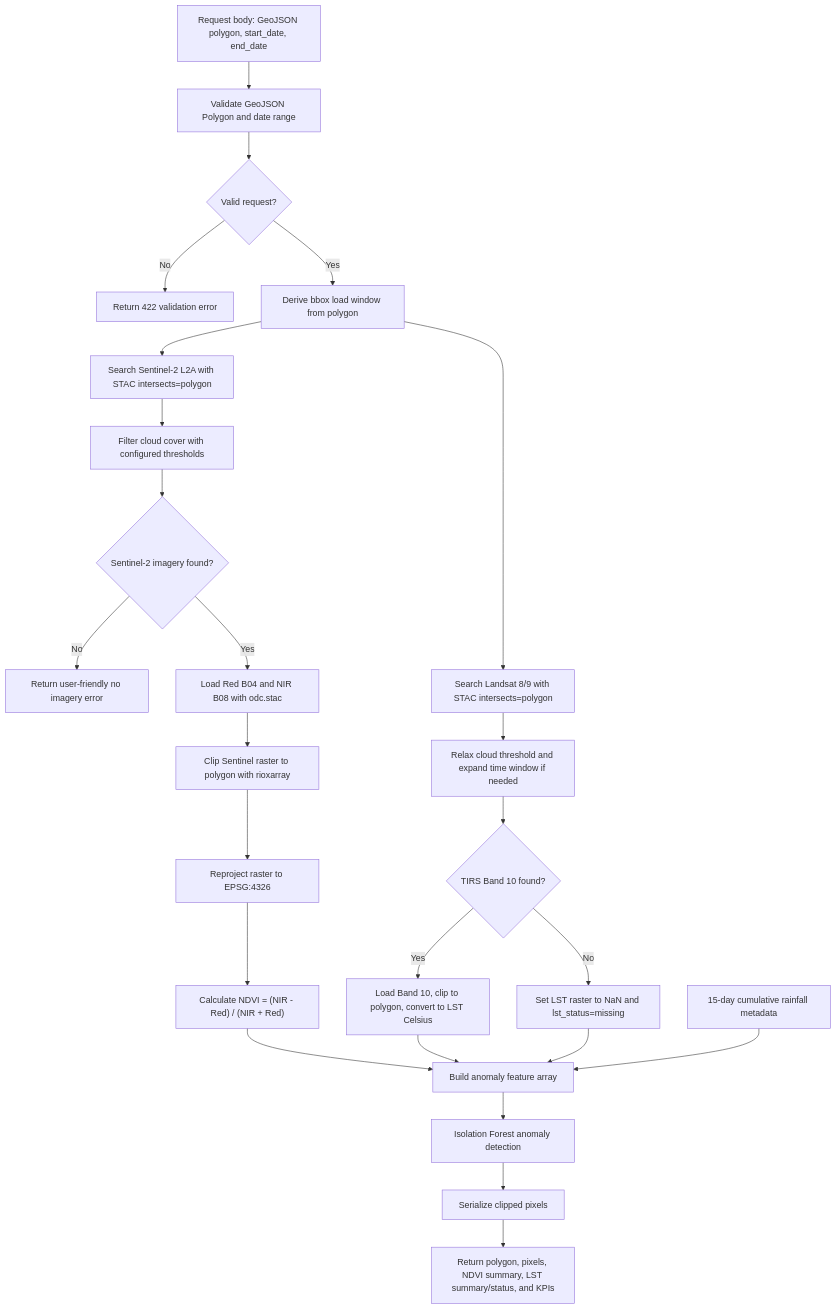
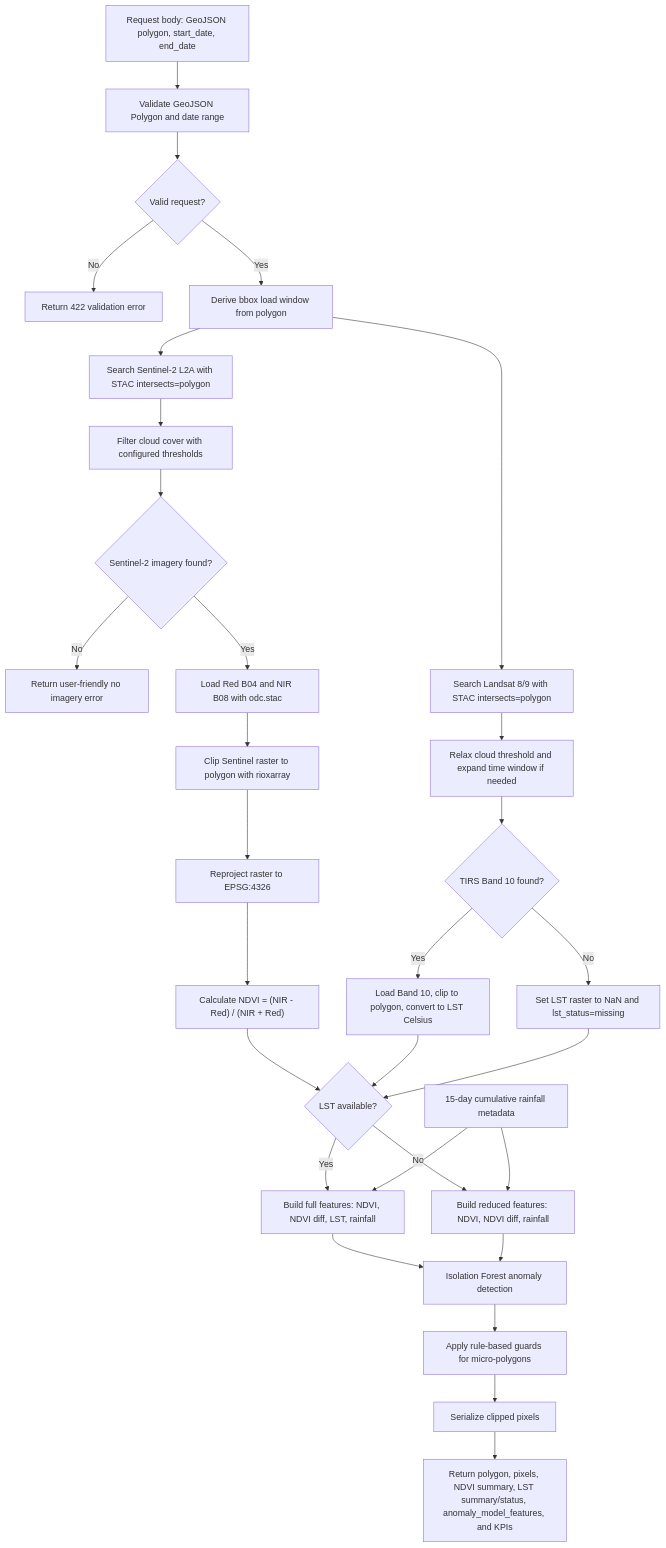
Before and after one commit to chinna5656/satellite-crop-planner: the second of 6 diagrams in docs/web-processing-flowchart.md, drawn with Mermaid. The commit also changed other lines of this file and 6 other files, not shown here.

Commit message:
LST Decoupling & Dynamic Model

````diff
--- a/docs/web-processing-flowchart.md
+++ b/docs/web-processing-flowchart.md
@@ -34,31 +34,36 @@
 ```mermaid
 flowchart TD
     A["Request body: GeoJSON polygon, start_date, end_date"] --> B["Validate GeoJSON Polygon and date range"]
     B --> C{"Valid request?"}
     C -->|"No"| D["Return 422 validation error"]
     C -->|"Yes"| E["Derive bbox load window from polygon"]
 
     E --> F["Search Sentinel-2 L2A with STAC intersects=polygon"]
     F --> G["Filter cloud cover with configured thresholds"]
     G --> H{"Sentinel-2 imagery found?"}
     H -->|"No"| I["Return user-friendly no imagery error"]
     H -->|"Yes"| J["Load Red B04 and NIR B08 with odc.stac"]
 
     J --> K["Clip Sentinel raster to polygon with rioxarray"]
     K --> L["Reproject raster to EPSG:4326"]
     L --> M["Calculate NDVI = (NIR - Red) / (NIR + Red)"]
 
     E --> N["Search Landsat 8/9 with STAC intersects=polygon"]
     N --> O["Relax cloud threshold and expand time window if needed"]
     O --> P{"TIRS Band 10 found?"}
     P -->|"Yes"| Q["Load Band 10, clip to polygon, convert to LST Celsius"]
     P -->|"No"| R["Set LST raster to NaN and lst_status=missing"]
 
-    M --> S["Build anomaly feature array"]
+    M --> S{"LST available?"}
     Q --> S
     R --> S
-    T["15-day cumulative rainfall metadata"] --> S
-    S --> U["Isolation Forest anomaly detection"]
-    U --> V["Serialize clipped pixels"]
-    V --> W["Return polygon, pixels, NDVI summary, LST summary/status, and KPIs"]
+    S -->|"Yes"| T["Build full features: NDVI, NDVI diff, LST, rainfall"]
+    S -->|"No"| U["Build reduced features: NDVI, NDVI diff, rainfall"]
+    V["15-day cumulative rainfall metadata"] --> T
+    V --> U
+    T --> W["Isolation Forest anomaly detection"]
+    U --> W
+    W --> X["Apply rule-based guards for micro-polygons"]
+    X --> Y["Serialize clipped pixels"]
+    Y --> Z["Return polygon, pixels, NDVI summary, LST summary/status, anomaly_model_features, and KPIs"]
 ```
````
